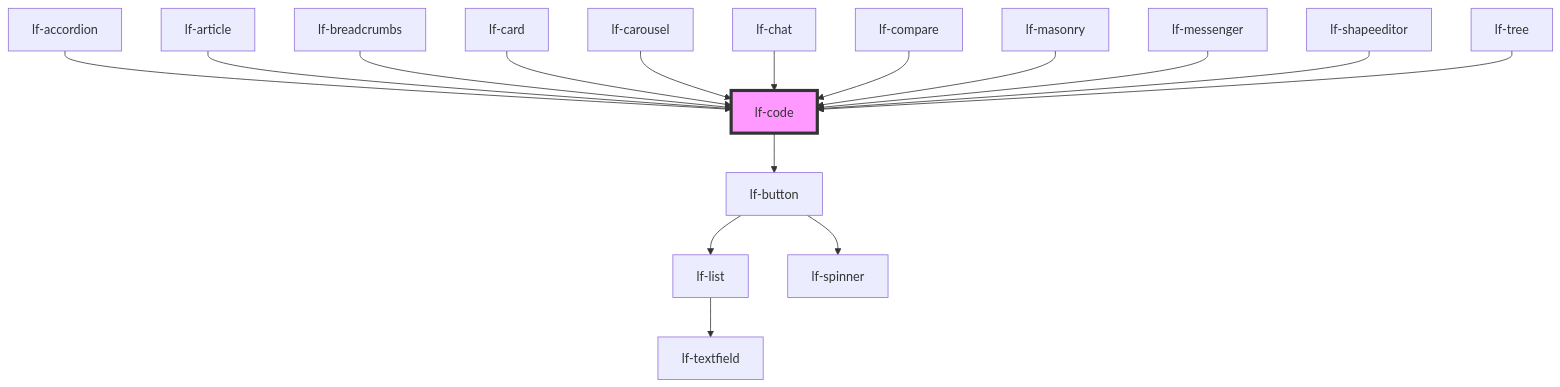
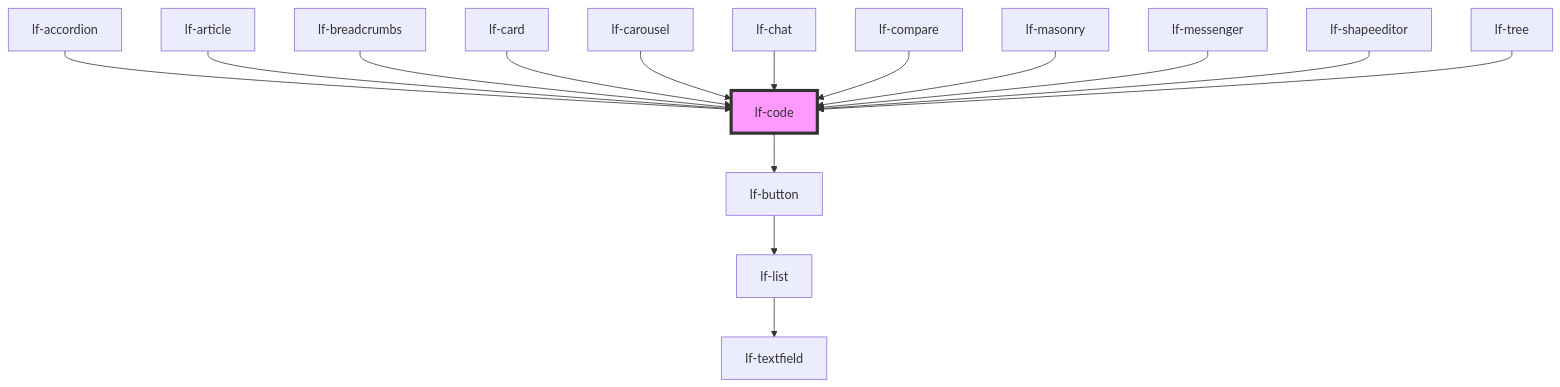
One commit to lucafoscili/lf-widgets changed the diagram in packages/core/src/components/lf-code/readme.md. Above: the diagram before and after it, drawn with Mermaid. The commit also changed 74 other files, not shown here.

First line of the commit message:
chore: Refactor to functional component architecture for UI rendering

````diff
--- a/packages/core/src/components/lf-code/readme.md
+++ b/packages/core/src/components/lf-code/readme.md
@@ -128,19 +128,18 @@
 ```mermaid
 graph TD;
   lf-code --> lf-button
   lf-button --> lf-list
-  lf-button --> lf-spinner
   lf-list --> lf-textfield
   lf-accordion --> lf-code
   lf-article --> lf-code
   lf-breadcrumbs --> lf-code
   lf-card --> lf-code
   lf-carousel --> lf-code
   lf-chat --> lf-code
   lf-compare --> lf-code
   lf-masonry --> lf-code
   lf-messenger --> lf-code
   lf-shapeeditor --> lf-code
   lf-tree --> lf-code
   style lf-code fill:#f9f,stroke:#333,stroke-width:4px
 ```
````
